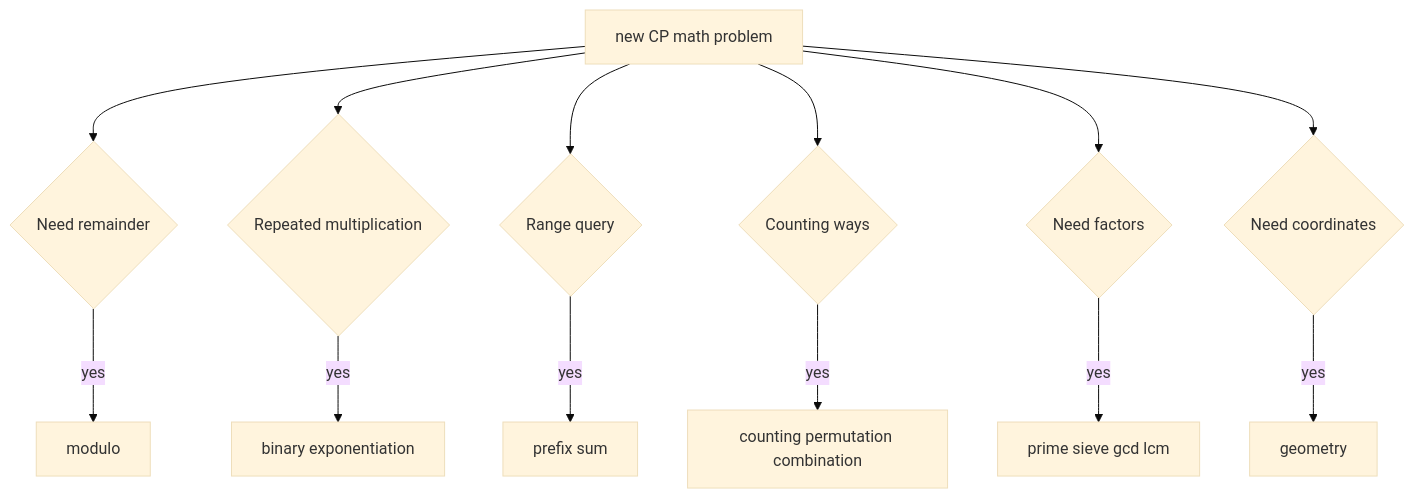
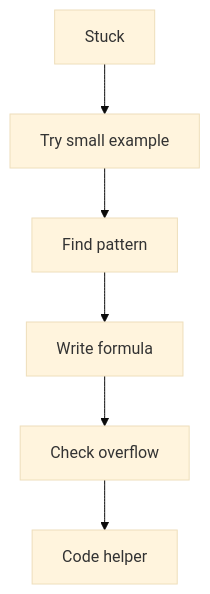
Before and after one commit to mthaiseer/springcloud-systemdesign-notes: diagram 14 of 14 in CP_DSA_NOTES/000_MATH/001_cp_maths_basics.md, drawn with Mermaid (base theme). The commit also changed other lines of this file and 1 other file, not shown here.

````diff
--- a/CP_DSA_NOTES/000_MATH/001_cp_maths_basics.md
+++ b/CP_DSA_NOTES/000_MATH/001_cp_maths_basics.md
@@ -760,15 +890,8 @@
 ```mermaid
 flowchart TD
-    A[new CP math problem] --> B{Need remainder}
-    B -->|yes| C[modulo]
-    A --> D{Repeated multiplication}
-    D -->|yes| E[binary exponentiation]
-    A --> F{Range query}
-    F -->|yes| G[prefix sum]
-    A --> H{Counting ways}
-    H -->|yes| I[counting permutation combination]
-    A --> J{Need factors}
-    J -->|yes| K[prime sieve gcd lcm]
-    A --> L{Need coordinates}
-    L -->|yes| M[geometry]
+    A[Stuck] --> B[Try small example]
+    B --> C[Find pattern]
+    C --> D[Write formula]
+    D --> E[Check overflow]
+    E --> F[Code helper]
 ```
````
